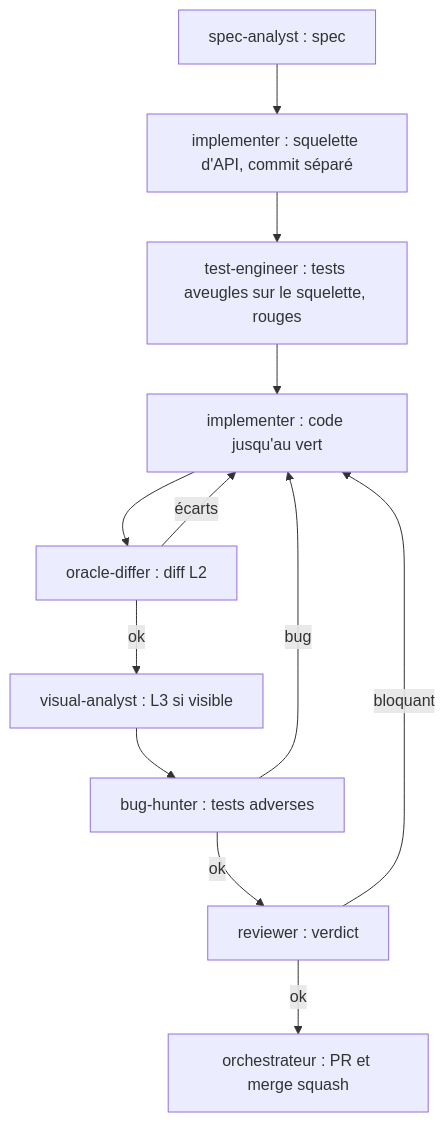
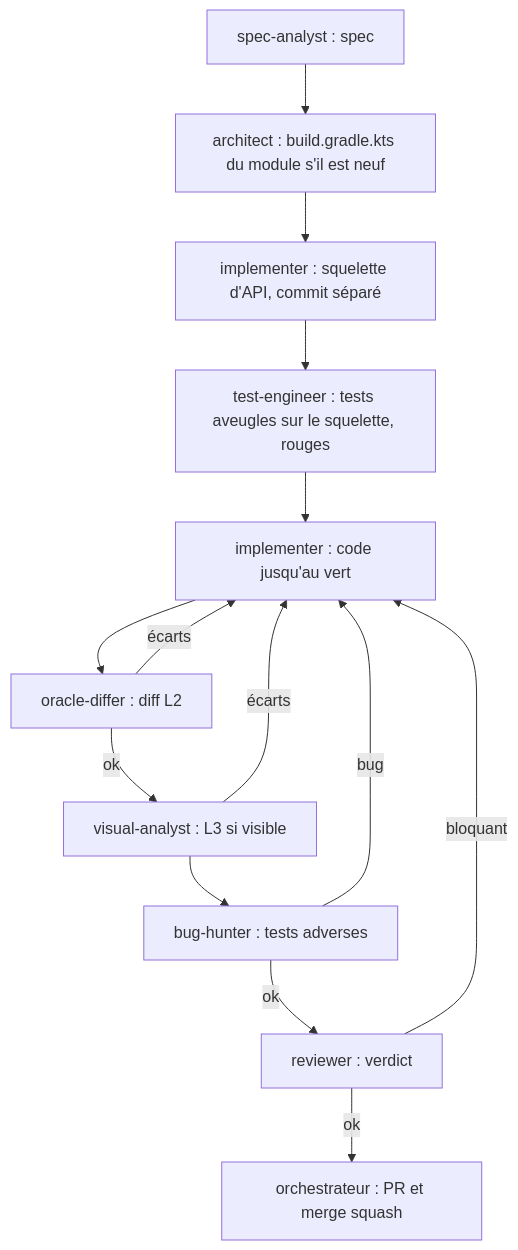
Before and after one commit to Shoko-official/Minecraft-Java: the diagram in docs/AGENTS.md, drawn with Mermaid. The commit also changed other lines of this file and 21 other files, not shown here.

````diff
--- a/docs/AGENTS.md
+++ b/docs/AGENTS.md
@@ -61,14 +68,16 @@
 ```mermaid
 flowchart TD
-    S[spec-analyst : spec] --> K[implementer : squelette d'API, commit séparé]
+    S[spec-analyst : spec] --> A[architect : build.gradle.kts du module s'il est neuf]
+    A --> K[implementer : squelette d'API, commit séparé]
     K --> T[test-engineer : tests aveugles sur le squelette, rouges]
     T --> I[implementer : code jusqu'au vert]
     I --> O[oracle-differ : diff L2]
     O -->|écarts| I
     O -->|ok| V[visual-analyst : L3 si visible]
+    V -->|écarts| I
     V --> B[bug-hunter : tests adverses]
     B -->|bug| I
     B -->|ok| R[reviewer : verdict]
     R -->|bloquant| I
     R -->|ok| M[orchestrateur : PR et merge squash]
 ```
````
